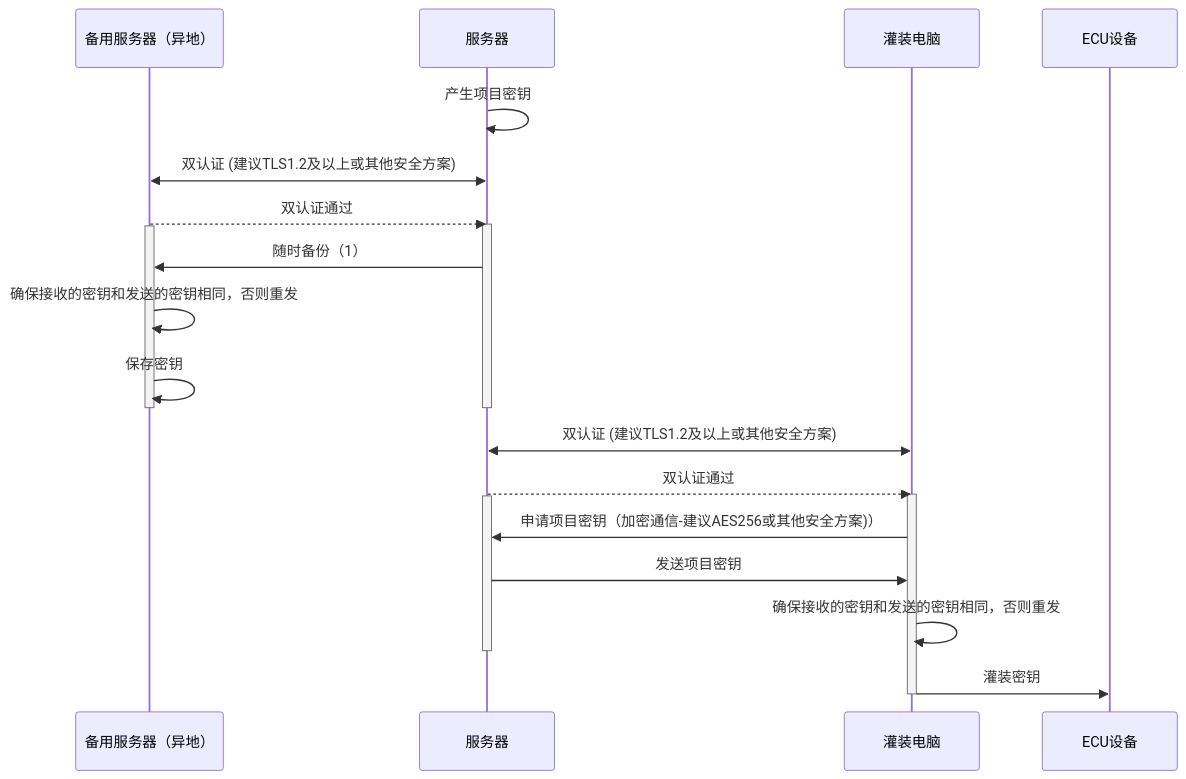
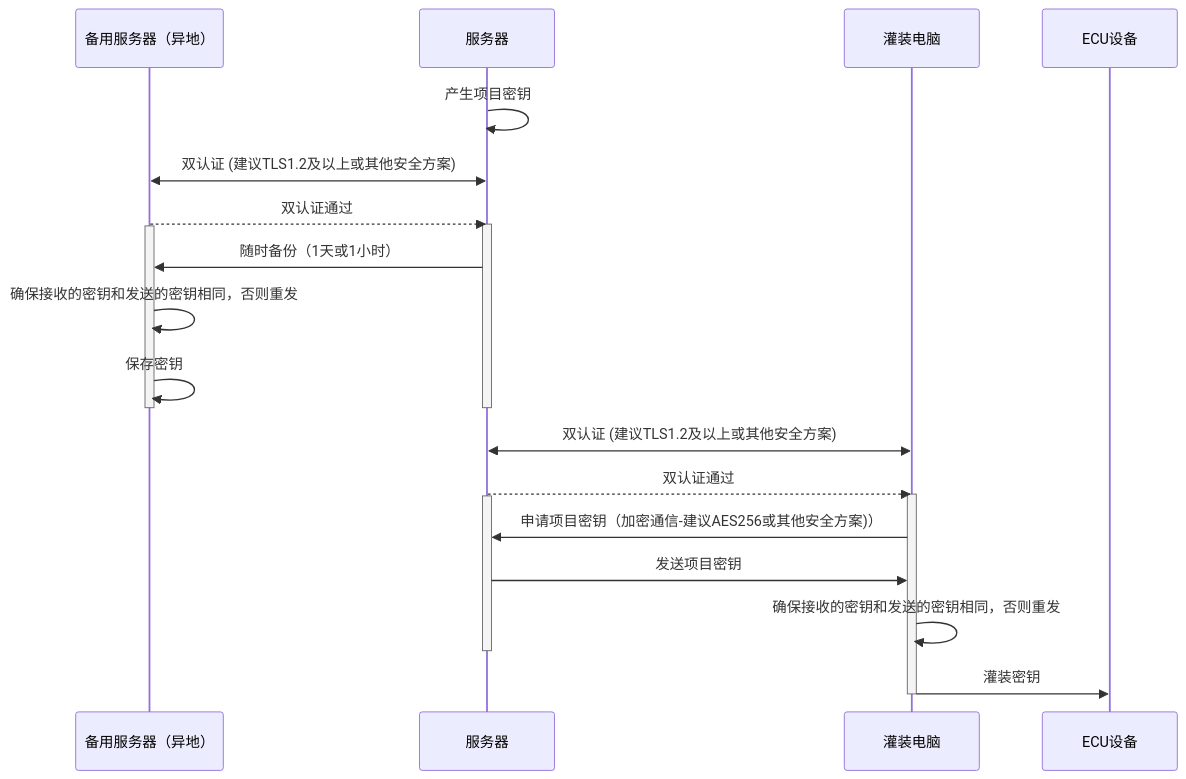
Before and after one commit to facebook-cloud/iodraw-files: the diagram in all/未命名-15.md, drawn with Mermaid.

Commit message:
2026-02-03 16:22:18 update

````diff
--- a/all/未命名-15.md
+++ b/all/未命名-15.md
@@ -1,32 +1,32 @@
 ```mermaid
 sequenceDiagram
     participant B as 备用服务器（异地）
     participant A as 服务器
     participant C as 灌装电脑
     participant D as ECU设备
 
     A->>A: 产生项目密钥
     A<<->>B: 双认证 (建议TLS1.2及以上或其他安全方案)
     B-->>A: 双认证通过
     activate A
     activate B
-    A->>B: 随时备份（1）
+    A->>B: 随时备份（1天或1小时）
 
     B->>B: 确保接收的密钥和发送的密钥相同，否则重发
     B->>B: 保存密钥
     deactivate B
     deactivate A
 
     C<<->>A: 双认证 (建议TLS1.2及以上或其他安全方案)
     A-->>C: 双认证通过
     activate C
     activate A
     C->>A: 申请项目密钥（加密通信-建议AES256或其他安全方案)）
     A->>C: 发送项目密钥
 
     C->>C: 确保接收的密钥和发送的密钥相同，否则重发
     deactivate A
     C->>D: 灌装密钥
     deactivate C
 
 ```
````
